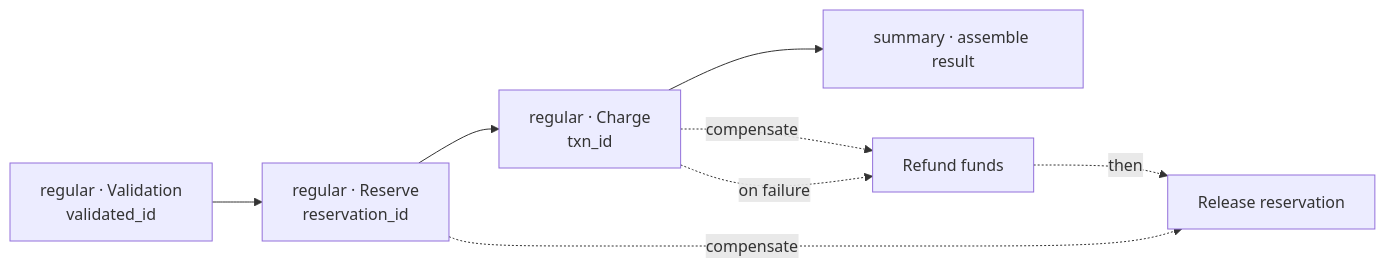
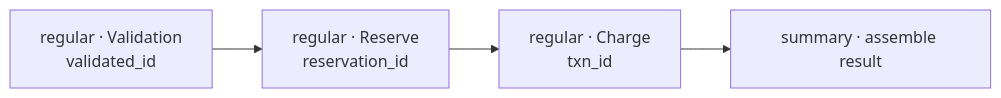
One commit to bystrovmaxim/aoa changed the fourth of 5 diagrams in docs/explanation/system-altitudes.md. Above: the diagram before and after it, drawn with Mermaid. The commit also changed other lines of this file and 49 other files, not shown here.

````diff
--- a/docs/explanation/system-altitudes.md
+++ b/docs/explanation/system-altitudes.md
@@ -83,10 +83,6 @@
 ```mermaid
 flowchart LR
     Validate["regular · Validation<br/>validated_id"] --> Reserve["regular · Reserve<br/>reservation_id"]
     Reserve --> Charge["regular · Charge<br/>txn_id"]
     Charge --> Summary["summary · assemble result"]
-    Reserve -. compensate .-> Release["Release reservation"]
-    Charge -. compensate .-> Refund["Refund funds"]
-    Charge -. on failure .-> Refund
-    Refund -. then .-> Release
 ```
````
